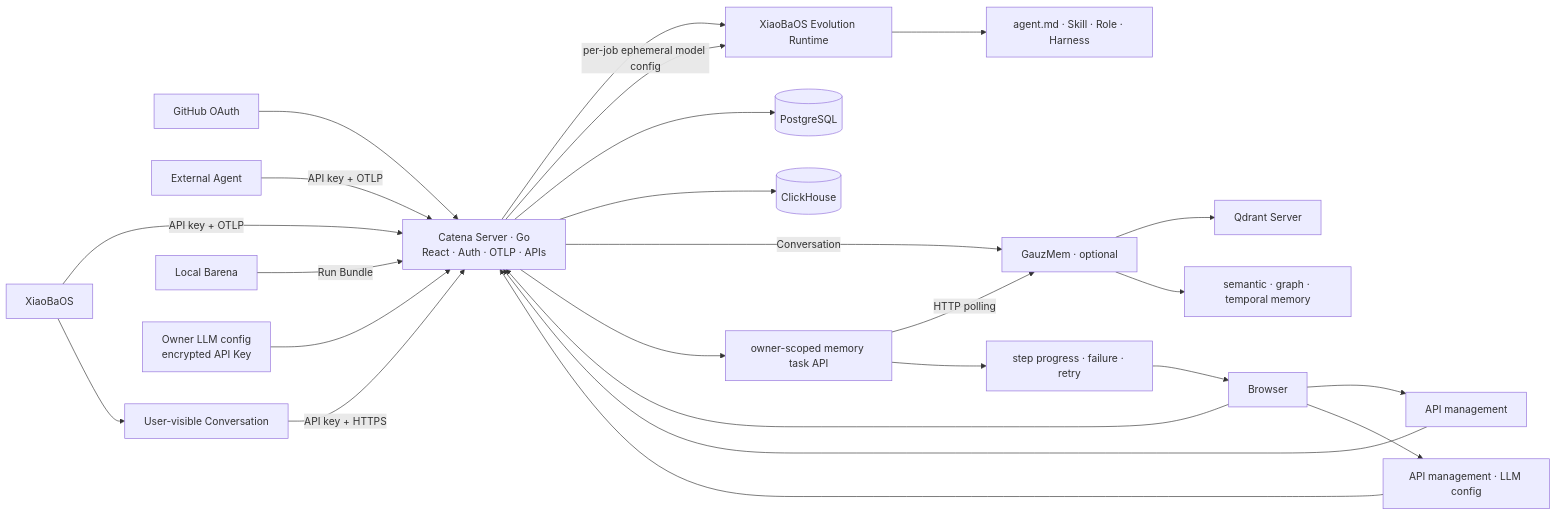
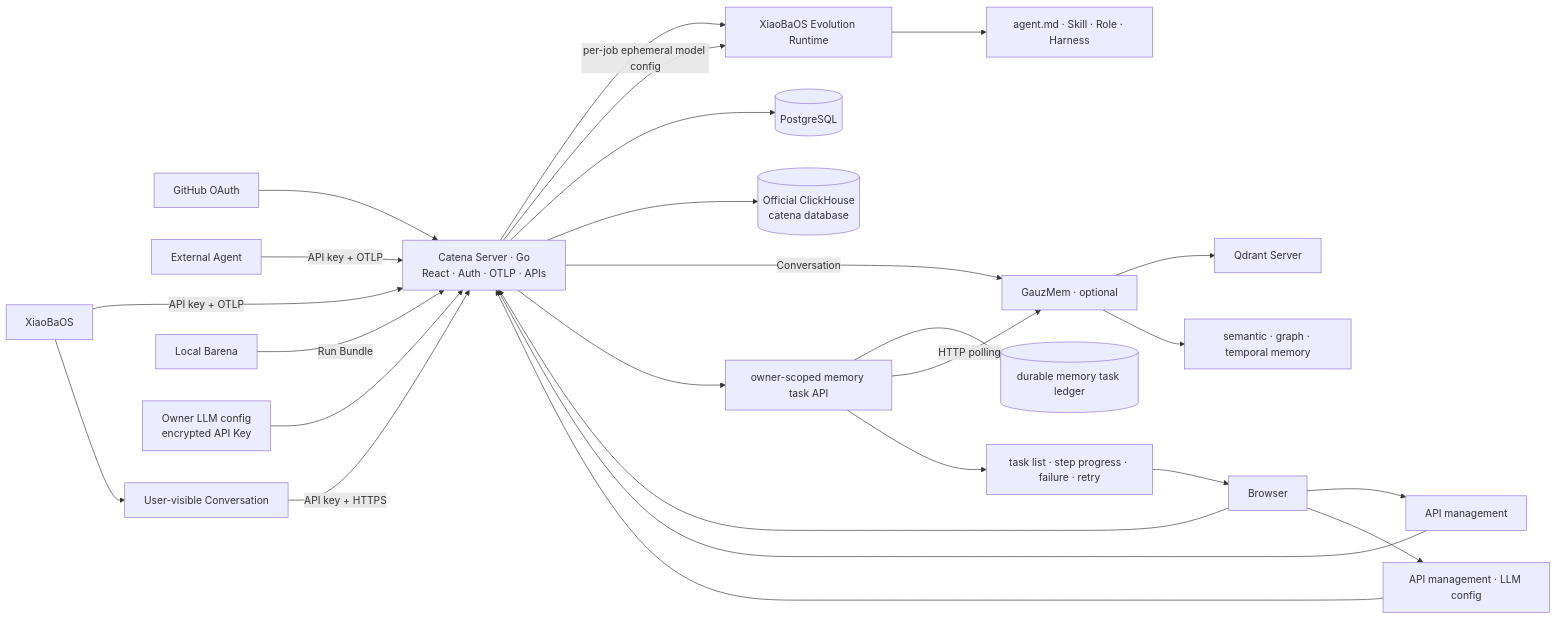
The first of 2 diagrams in SPEC.md (fightheyyy/CATENA), drawn with Mermaid before and after one commit. The commit also changed other lines of this file and 30 other files, not shown here.

````diff
--- a/SPEC.md
+++ b/SPEC.md
@@ -26,27 +26,28 @@
 ```mermaid
 flowchart LR
     GitHub["GitHub OAuth"] --> Go
     Browser["Browser"] --> Go["Catena Server · Go<br/>React · Auth · OTLP · APIs"]
     Runtime["External Agent"] -->|"API key + OTLP"| Go
     XiaoBa["XiaoBaOS"] -->|"API key + OTLP"| Go
     XiaoBa --> Conversation["User-visible Conversation"]
     Conversation -->|"API key + HTTPS"| Go
     Barena["Local Barena"] -->|"Run Bundle"| Go
     Go --> Runner["XiaoBaOS Evolution Runtime"]
     OwnerModel["Owner LLM config<br/>encrypted API Key"] --> Go
     Go -->|"per-job ephemeral model config"| Runner
     Runner --> Asset["agent.md · Skill · Role · Harness"]
     Go --> PG[("PostgreSQL")]
-    Go --> CH[("ClickHouse")]
+    Go --> CH[("Official ClickHouse<br/>catena database")]
     Go -->|"Conversation"| Memory["GauzMem · optional"]
     Go --> TaskAPI["owner-scoped memory task API"]
+    TaskAPI --> TaskLedger[("durable memory task ledger")]
     TaskAPI -->|"HTTP polling"| Memory
     Memory --> Vector["Qdrant Server"]
-    TaskAPI --> Progress["step progress · failure · retry"]
+    TaskAPI --> Progress["task list · step progress · failure · retry"]
     Progress --> Browser
     Memory --> Recall["semantic · graph · temporal memory"]
     Browser --> Keys["API management"]
     Browser --> ModelSettings["API management · LLM config"]
     ModelSettings --> Go
     Keys --> Go
 ```
````
